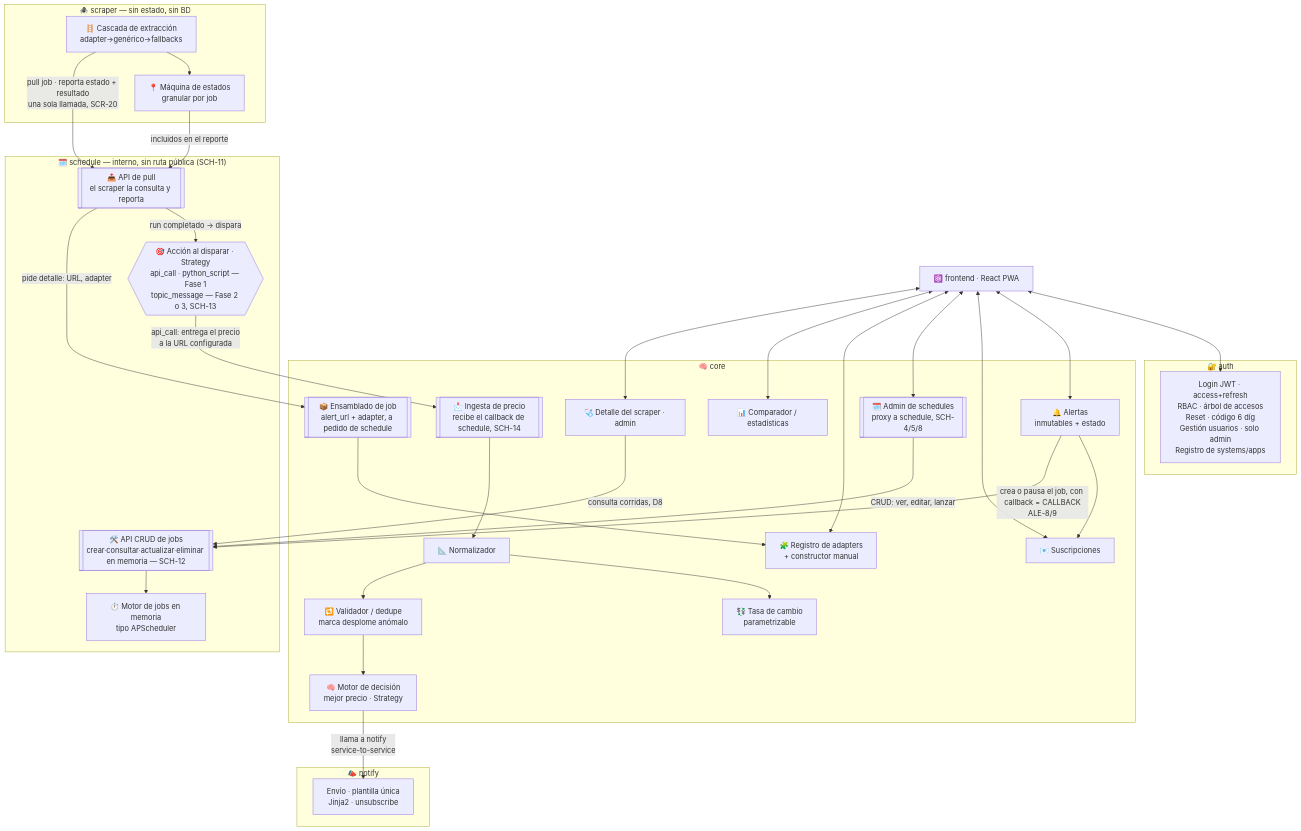
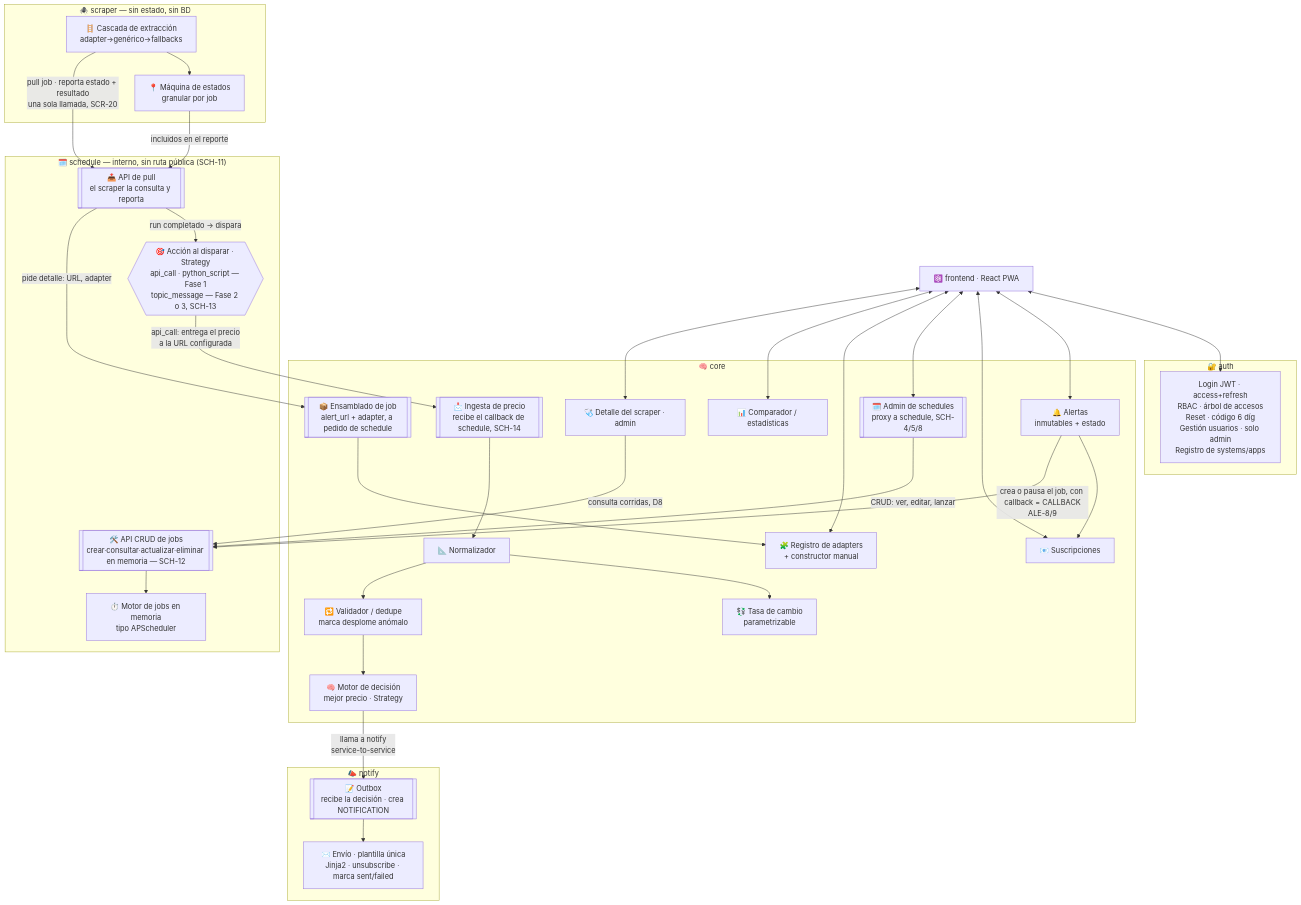
Before and after one commit to vida-I-found-it/architecture: the third of 7 diagrams in docs/02-arquitectura.md, drawn with Mermaid. The commit also changed other lines of this file and 20 other files, not shown here.

````diff
--- a/docs/02-arquitectura.md
+++ b/docs/02-arquitectura.md
@@ -93,64 +113,66 @@
 ```mermaid
 graph TB
     PWA["⚛️ frontend · React PWA"]
 
     subgraph SVC_AUTH["🔐 auth"]
         AUTH["Login JWT · access+refresh<br/>RBAC · árbol de accesos<br/>Reset · código 6 díg<br/>Gestión usuarios · solo admin<br/>Registro de systems/apps"]
     end
 
     subgraph SVC_CORE["🧠 core"]
         ALERT["🔔 Alertas<br/>inmutables + estado"]
         SUBS["📧 Suscripciones"]
         ADAPT["🧩 Registro de adapters<br/>+ constructor manual"]
         SCHEDPROXY[["🗓️ Admin de schedules<br/>proxy a schedule, SCH-4/5/8"]]
         JOBBUILD[["📦 Ensamblado de job<br/>alert_url + adapter, a pedido de schedule"]]
         CALLBACK[["📩 Ingesta de precio<br/>recibe el callback de schedule, SCH-14"]]
         NORM["📐 Normalizador"]
         FXP["💱 Tasa de cambio<br/>parametrizable"]
         VALID["🔁 Validador / dedupe<br/>marca desplome anómalo"]
         DEC["🧠 Motor de decisión<br/>mejor precio · Strategy"]
         STATS["📊 Comparador / estadísticas"]
         HEALTH["🩺 Detalle del scraper · admin"]
 
         ALERT --> SUBS
         JOBBUILD --> ADAPT
         CALLBACK --> NORM --> FXP
         NORM --> VALID --> DEC
     end
 
     subgraph SVC_SCHED["🗓️ schedule — interno, sin ruta pública (SCH-11)"]
         JOBAPI[["🛠️ API CRUD de jobs<br/>crear·consultar·actualizar·eliminar en memoria — SCH-12"]]
         ENGINE["⏱️ Motor de jobs en memoria<br/>tipo APScheduler"]
         ACTION{{"🎯 Acción al disparar · Strategy<br/>api_call · python_script — Fase 1<br/>topic_message — Fase 2 o 3, SCH-13"}}
         RUNAPI[["📥 API de pull<br/>el scraper la consulta y reporta"]]
 
         JOBAPI --> ENGINE
         RUNAPI -->|"run completado → dispara"| ACTION
     end
 
     subgraph SVC_NOTIFY["📣 notify"]
-        SEND["Envío · plantilla única<br/>Jinja2 · unsubscribe"]
+        OUTBOX[["📝 Outbox<br/>recibe la decisión · crea NOTIFICATION"]]
+        SEND["✉️ Envío · plantilla única<br/>Jinja2 · unsubscribe · marca sent/failed"]
+        OUTBOX --> SEND
     end
 
     subgraph SVC_SCR["🕷️ scraper — sin estado, sin BD"]
         CASC["🪜 Cascada de extracción<br/>adapter→genérico→fallbacks"]
         JOBS["📍 Máquina de estados<br/>granular por job"]
         CASC --> JOBS
     end
 
     PWA <--> AUTH
     PWA <--> ALERT
     PWA <--> SUBS
     PWA <--> SCHEDPROXY
     PWA <--> ADAPT
     PWA <--> STATS
     PWA <--> HEALTH
     ALERT -->|"crea o pausa el job, con callback = CALLBACK<br/>ALE-8/9"| JOBAPI
     SCHEDPROXY -->|"CRUD: ver, editar, lanzar"| JOBAPI
     HEALTH -->|"consulta corridas, D8"| JOBAPI
     RUNAPI -->|"pide detalle: URL, adapter"| JOBBUILD
     CASC -->|"pull job · reporta estado + resultado<br/>una sola llamada, SCR-20"| RUNAPI
     JOBS -->|incluidos en el reporte| RUNAPI
     ACTION -->|"api_call: entrega el precio<br/>a la URL configurada"| CALLBACK
-    DEC -->|"llama a notify<br/>service-to-service"| SEND
+    DEC -->|"llama a notify<br/>service-to-service"| OUTBOX
 ```
````
